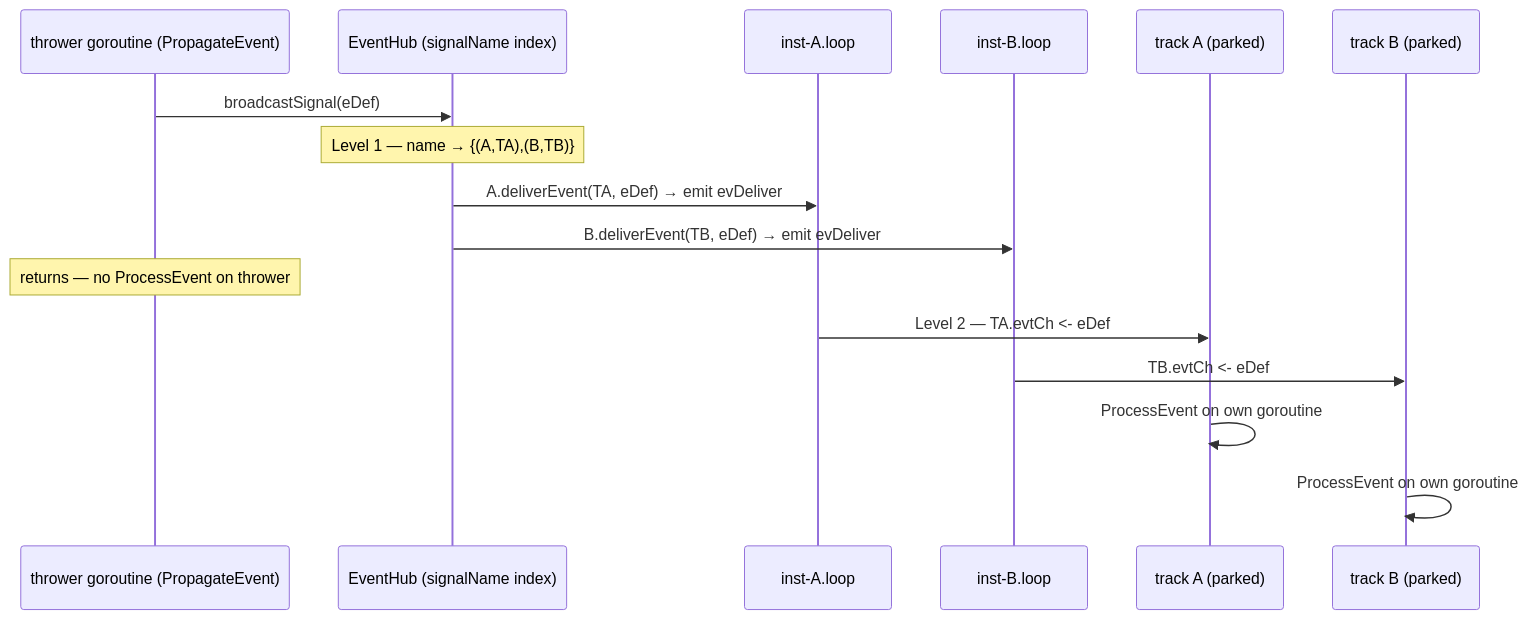
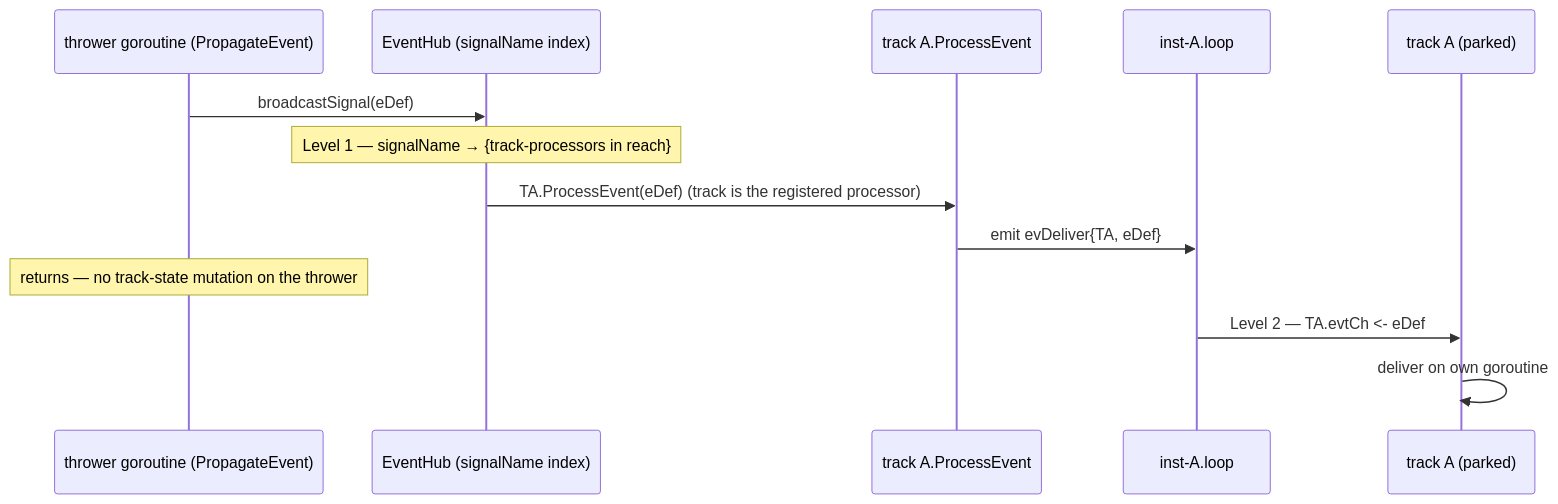
Before and after one commit to dr-dobermann/gobpm: the second of 2 diagrams in docs/design/ADR-017-channel-based-event-processing.md, drawn with Mermaid. The commit also changed other lines of this file and 1 other file, not shown here.

````diff
--- a/docs/design/ADR-017-channel-based-event-processing.md
+++ b/docs/design/ADR-017-channel-based-event-processing.md
@@ -118,18 +171,15 @@
 ```mermaid
 sequenceDiagram
     participant Th as thrower goroutine (PropagateEvent)
     participant H as EventHub (signalName index)
+    participant PA as track A.ProcessEvent
     participant LA as inst-A.loop
-    participant LB as inst-B.loop
     participant TA as track A (parked)
-    participant TB as track B (parked)
     Th->>H: broadcastSignal(eDef)
-    Note over H: Level 1 — name → {(A,TA),(B,TB)}
-    H->>LA: A.deliverEvent(TA, eDef) → emit evDeliver
-    H->>LB: B.deliverEvent(TB, eDef) → emit evDeliver
-    Note over Th: returns — no ProcessEvent on thrower
+    Note over H: Level 1 — signalName → {track-processors in reach}
+    H->>PA: TA.ProcessEvent(eDef)   (track is the registered processor)
+    PA->>LA: emit evDeliver{TA, eDef}
+    Note over Th: returns — no track-state mutation on the thrower
     LA->>TA: Level 2 — TA.evtCh <- eDef
-    LB->>TB: TB.evtCh <- eDef
-    TA->>TA: ProcessEvent on own goroutine
-    TB->>TB: ProcessEvent on own goroutine
+    TA->>TA: deliver on own goroutine
 ```
````
